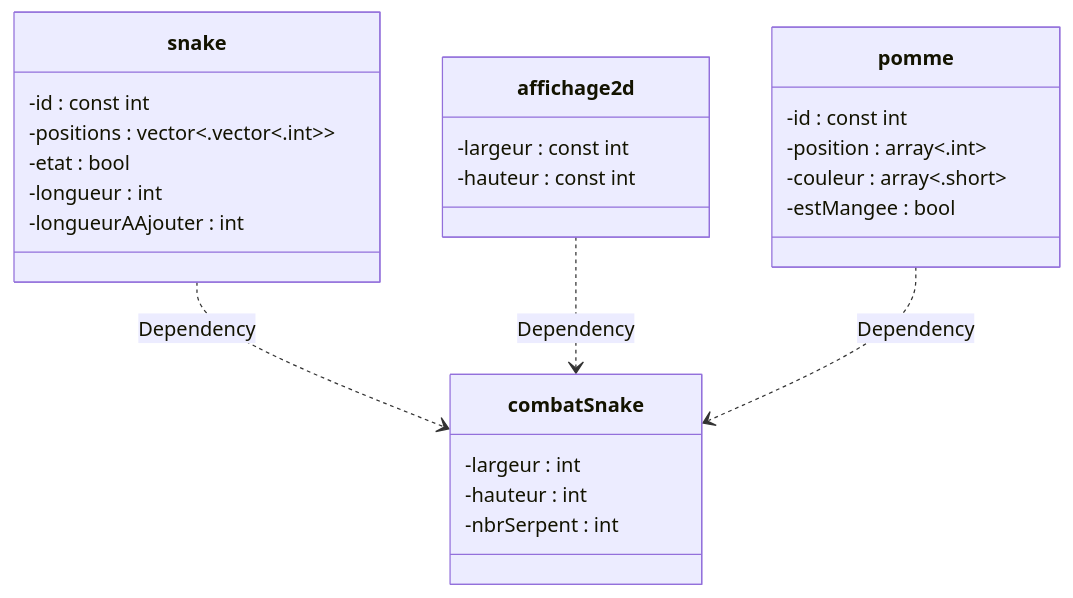
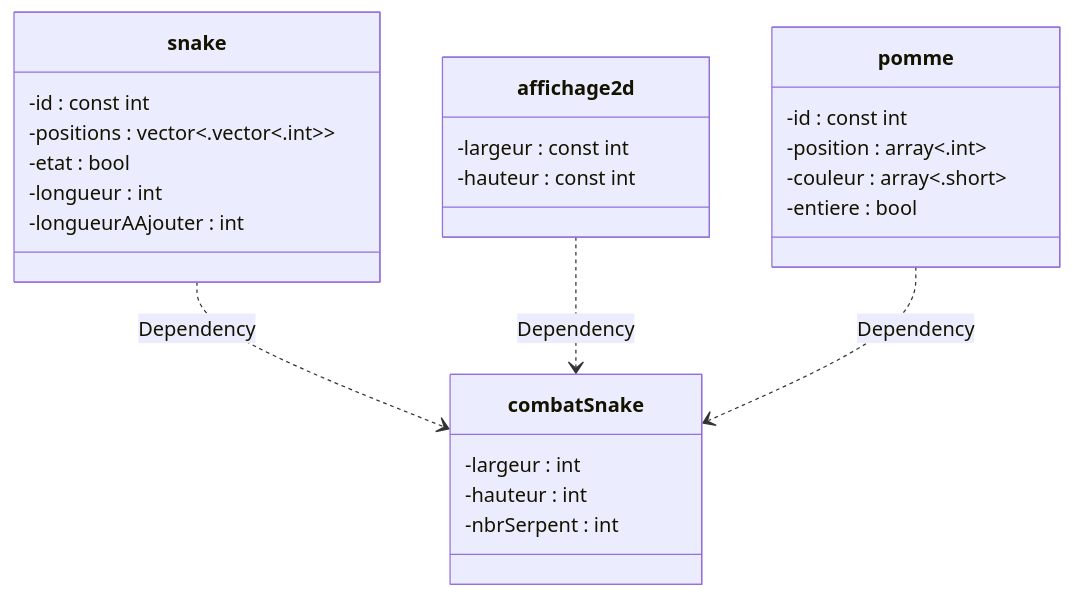
The second of 2 diagrams in README.md (Balkghar/08_Snake), drawn with Mermaid before and after one commit. The commit also changed other lines of this file and 8 other files, not shown here.

````diff
--- a/README.md
+++ b/README.md
@@ -42,29 +58,29 @@
 ```mermaid
 classDiagram
     snake ..> combatSnake : Dependency
     affichage2d ..> combatSnake : Dependency
     pomme ..> combatSnake : Dependency
     
     class combatSnake{
     	-largeur : int
     	-hauteur : int
     	-nbrSerpent : int
 	}
 	class snake{
 		-id : const int
 		-positions : vector<.vector<.int>>
 		-etat : bool
 		-longueur : int
 		-longueurAAjouter : int
 	}
 	class affichage2d{
 		-largeur  : const int
 		-hauteur : const int
 	}
 	class pomme{
 		-id : const int
 		-position : array<.int>
 		-couleur : array<.short>
-		-estMangee : bool
+		-entiere : bool
 	}
 ```
````
